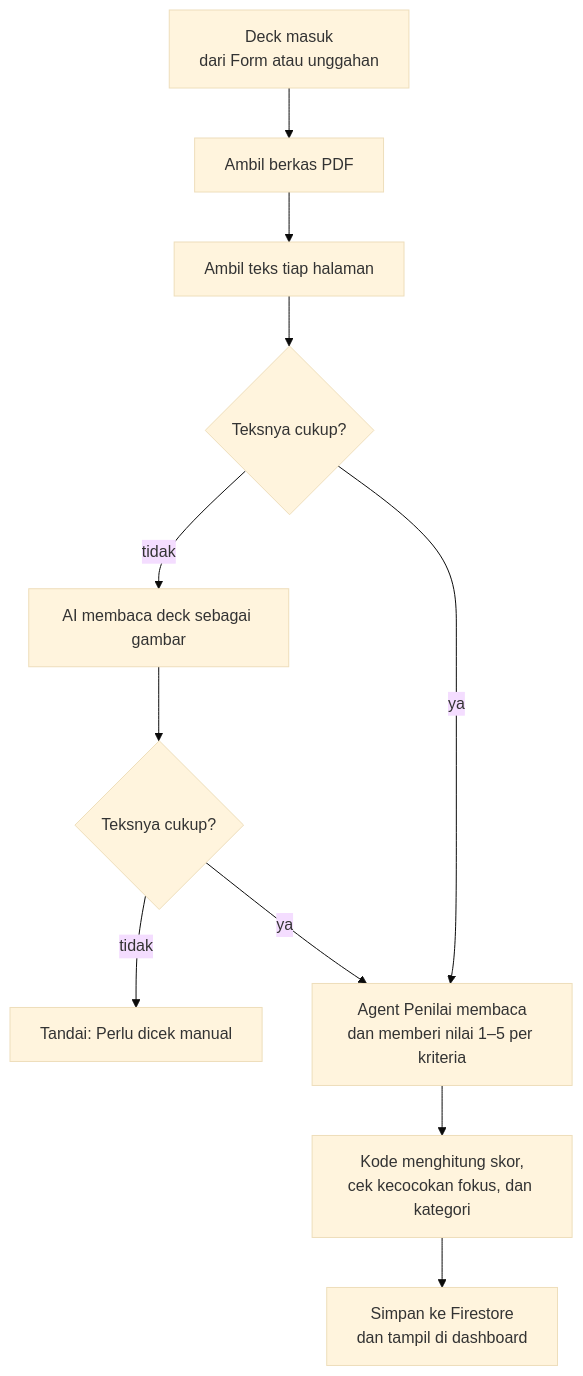
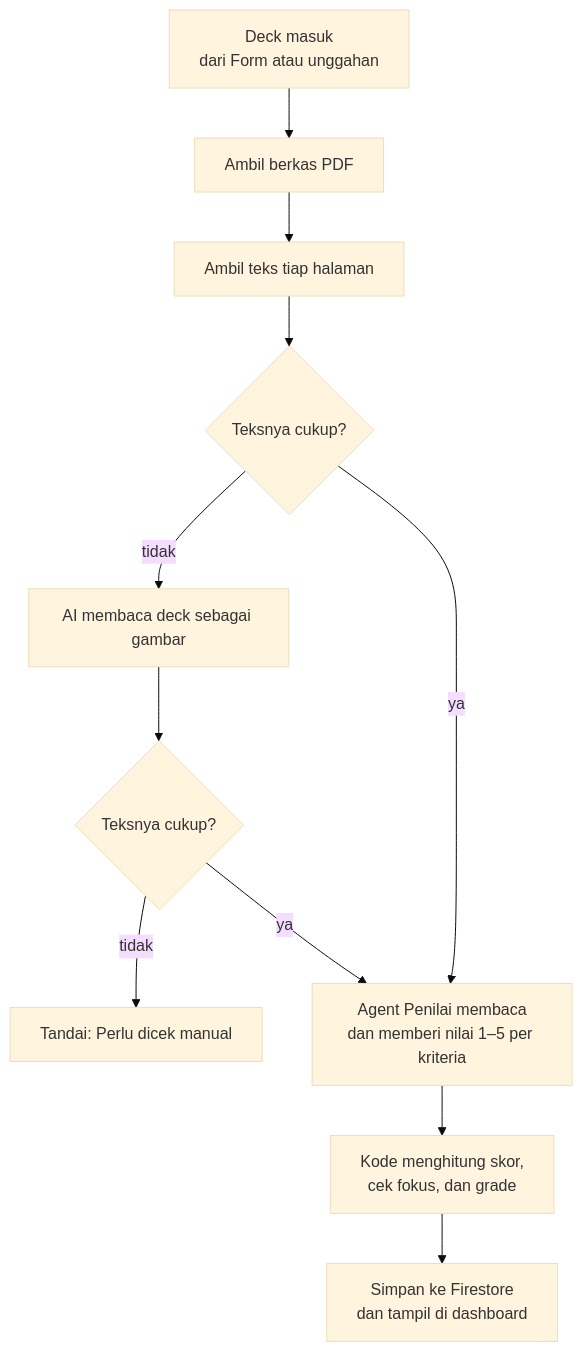
Before and after one commit to codeyzx/aisa: the second of 2 diagrams in docs/ARCHITECTURE.md, drawn with Mermaid (base theme). The commit also changed other lines of this file and 16 other files, not shown here.

````diff
--- a/docs/ARCHITECTURE.md
+++ b/docs/ARCHITECTURE.md
@@ -61,13 +62,13 @@
 ```mermaid
 flowchart TD
     A[Deck masuk<br/>dari Form atau unggahan] --> B[Ambil berkas PDF]
     B --> C[Ambil teks tiap halaman]
     C --> D{Teksnya cukup?}
     D -- tidak --> G[AI membaca deck sebagai gambar]
     G --> G2{Teksnya cukup?}
     G2 -- tidak --> X[Tandai: Perlu dicek manual]
     G2 -- ya --> E
     D -- ya --> E[Agent Penilai membaca<br/>dan memberi nilai 1–5 per kriteria]
-    E --> H[Kode menghitung skor,<br/>cek kecocokan fokus, dan kategori]
+    E --> H[Kode menghitung skor,<br/>cek fokus, dan grade]
     H --> I[Simpan ke Firestore<br/>dan tampil di dashboard]
 ```
````
